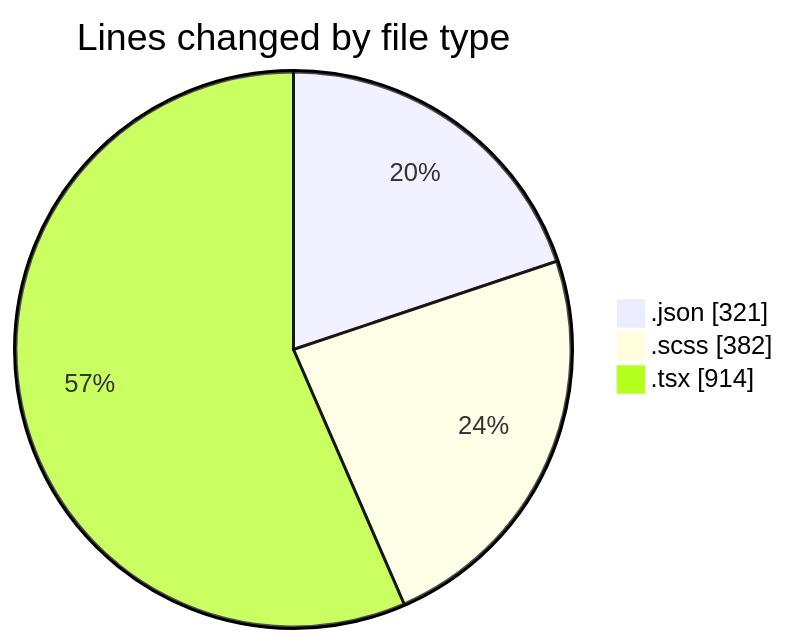
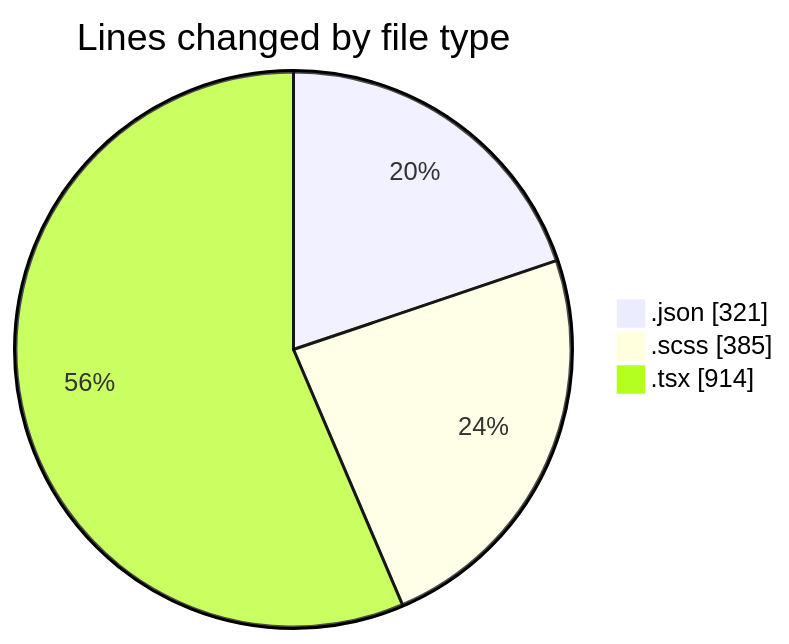
The first of 2 diagrams in 2026-04-20/cda/README.md (momahboobian/code-tracking), drawn with Mermaid before and after one commit. The commit also changed other lines of this file and 1 other file, not shown here.

````diff
--- a/2026-04-20/cda/README.md
+++ b/2026-04-20/cda/README.md
@@ -27,7 +27,7 @@
 ```mermaid
 pie showData
 title Lines changed by file type
 ".json" : 321
-".scss" : 382
+".scss" : 385
 ".tsx" : 914
 ```
````
